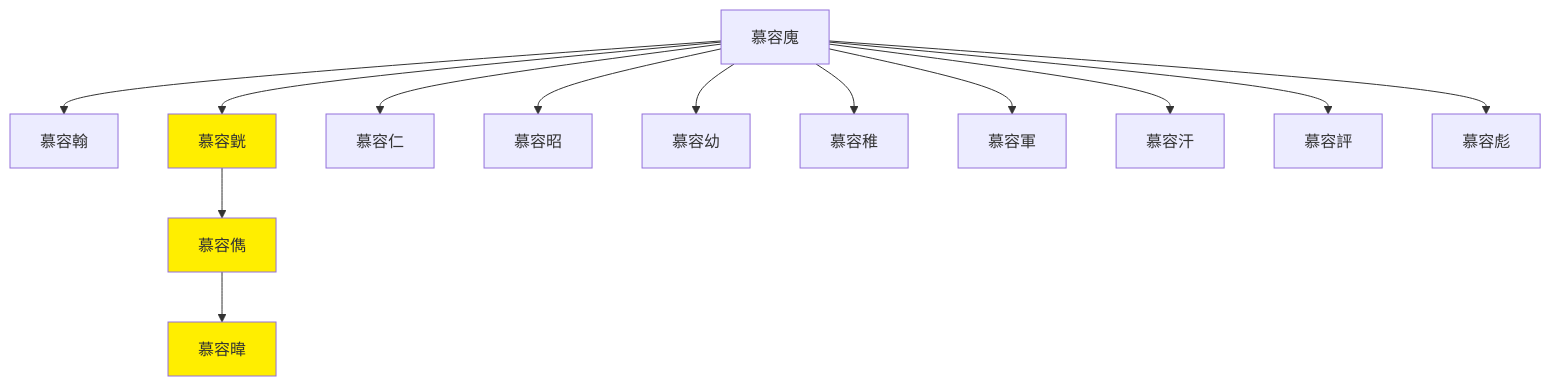
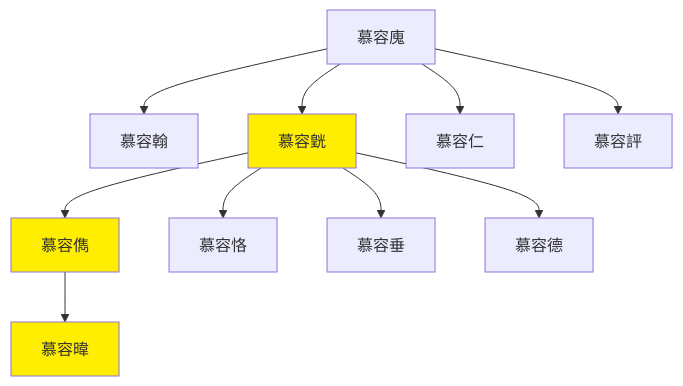
The diagram in 2_世系圖表/2.2_并立政權/晉/十六國/前燕世系圖表.md (gamefang/zizhitongjian), drawn with Mermaid before and after one commit. The commit also changed other lines of this file and 13 other files, not shown here.

````diff
--- a/2_世系圖表/2.2_并立政權/晉/十六國/前燕世系圖表.md
+++ b/2_世系圖表/2.2_并立政權/晉/十六國/前燕世系圖表.md
@@ -14,20 +16,18 @@
 ```mermaid
 graph TB
 
 慕容廆-->慕容翰
 慕容廆-->慕容皝
 慕容廆-->慕容仁
-慕容廆-->慕容昭
-慕容廆-->慕容幼
-慕容廆-->慕容稚
-慕容廆-->慕容軍
-慕容廆-->慕容汗
 慕容廆-->慕容評
-慕容廆-->慕容彪
 
 慕容皝-->慕容儁
 慕容儁-->慕容暐
 
+慕容皝-->慕容恪
+慕容皝-->慕容垂
+慕容皝-->慕容德
+
 classDef king fill:#ffee00
 class 慕容皝,慕容儁,慕容暐 king
 ```
````
